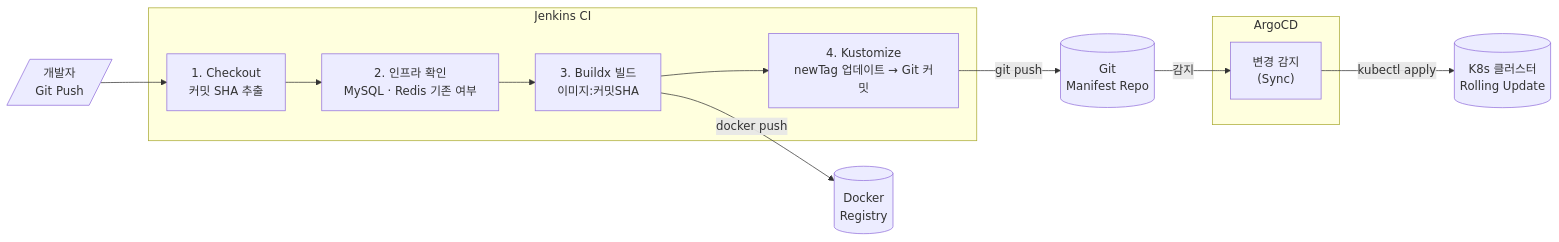
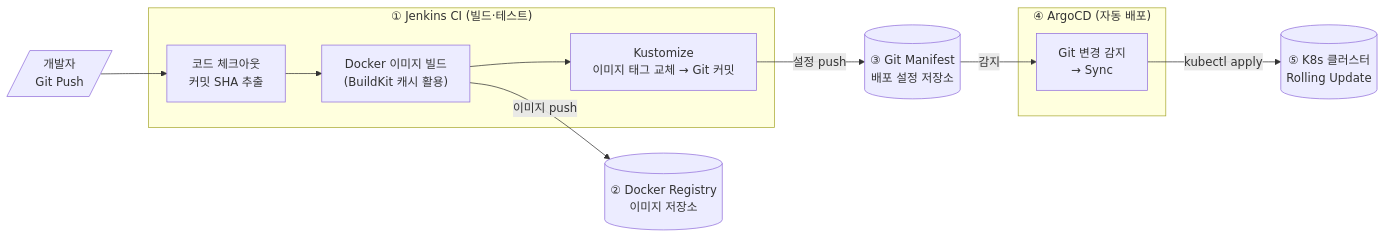
One commit to Seobway23/Seobway23.github.io changed the first of 15 diagrams in posts/study/infra/k8s-zero-downtime-deployment.md. Above: the diagram before and after it, drawn with Mermaid. The commit also changed other lines of this file, not shown here.

Commit message:
docs(blog): K8s 무중단 배포 글 입문 보강 — 동기·용어 사전·구조 정리

````diff
--- a/posts/study/infra/k8s-zero-downtime-deployment.md
+++ b/posts/study/infra/k8s-zero-downtime-deployment.md
@@ -26,23 +134,22 @@
 ```mermaid
-%% desc: 무중단 배포 전체 아키텍처 — Jenkins CI → Docker Registry → Git Manifest → ArgoCD → K8s 클러스터
+%% desc: 무중단 배포 전체 아키텍처 — 개발자 Git Push부터 K8s 클러스터 반영까지
 flowchart LR
     DEV[/"개발자\nGit Push"/]
-    subgraph CI["Jenkins CI"]
-        CHK["1. Checkout\n커밋 SHA 추출"]
-        INF["2. 인프라 확인\nMySQL · Redis 기존 여부"]
-        BCX["3. Buildx 빌드\n이미지:커밋SHA"]
-        MAN["4. Kustomize\nnewTag 업데이트 → Git 커밋"]
+    subgraph CI["① Jenkins CI (빌드·테스트)"]
+        CHK["코드 체크아웃\n커밋 SHA 추출"]
+        BCX["Docker 이미지 빌드\n(BuildKit 캐시 활용)"]
+        MAN["Kustomize\n이미지 태그 교체 → Git 커밋"]
     end
-    REG[("Docker\nRegistry")]
-    GIT[("Git\nManifest Repo")]
-    subgraph CD["ArgoCD"]
-        SYNC["변경 감지\n(Sync)"]
+    REG[("② Docker Registry\n이미지 저장소")]
+    GIT[("③ Git Manifest\n배포 설정 저장소")]
+    subgraph CD["④ ArgoCD (자동 배포)"]
+        SYNC["Git 변경 감지\n→ Sync"]
     end
-    K8S[("K8s 클러스터\nRolling Update")]
+    K8S[("⑤ K8s 클러스터\nRolling Update")]
 
-    DEV --> CHK --> INF --> BCX --> MAN
-    BCX -->|"docker push"| REG
-    MAN -->|"git push"| GIT
+    DEV --> CHK --> BCX --> MAN
+    BCX -->|"이미지 push"| REG
+    MAN -->|"설정 push"| GIT
     GIT -->|"감지"| SYNC
     SYNC -->|"kubectl apply"| K8S
 ```
````
